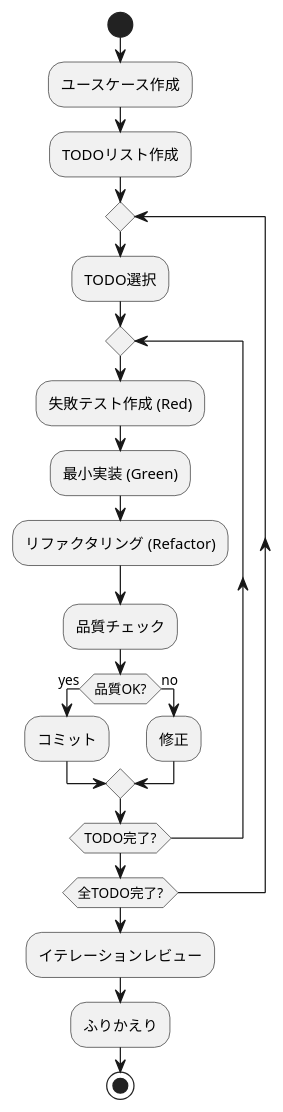
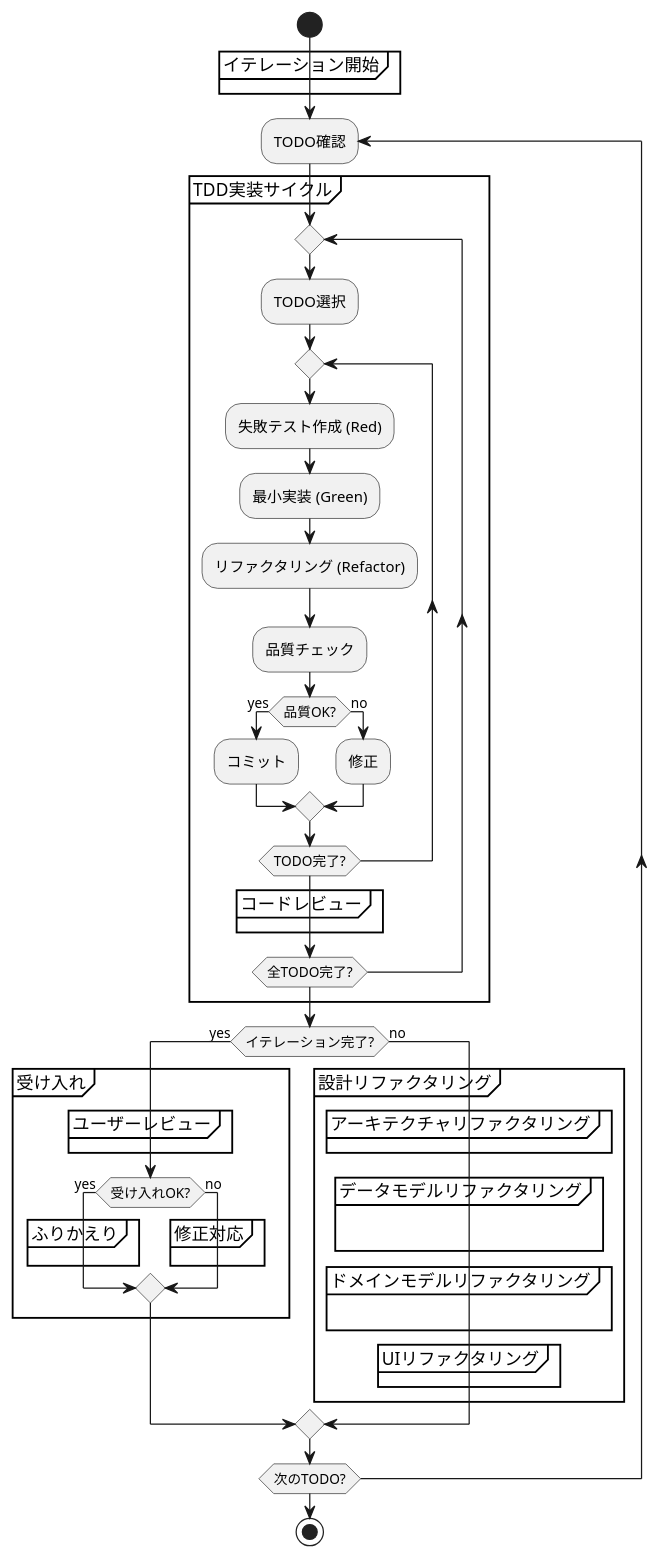
One commit to k2works/ai-programing-exercise changed the fifth of 6 diagrams in CLAUDE.md. Above: the diagram before and after it, drawn with PlantUML. The commit also changed other lines of this file, not shown here.

Commit message:
docs: update CLAUDE.md to enhance TDD process and clarify iteration steps

````diff
--- a/CLAUDE.md
+++ b/CLAUDE.md
@@ -131,31 +133,60 @@
 ```plantuml
 ```plantuml
 @startuml "イテレーション開発プロセス"
 
 start
-:ユースケース作成;
-:TODOリスト作成;
 
-repeat
-  :TODO選択;
-  
-  repeat
-    :失敗テスト作成 (Red);
-    :最小実装 (Green);
-    :リファクタリング (Refactor);
-    :品質チェック;
-    if (品質OK?) then (yes)
-      :コミット;
+partition "イテレーション開始" {
+}
+
+repeat :TODO確認;
+partition "TDD実装サイクル" {
+    repeat
+      :TODO選択;
+      
+      repeat
+        :失敗テスト作成 (Red);
+        :最小実装 (Green);
+        :リファクタリング (Refactor);
+        :品質チェック;
+        if (品質OK?) then (yes)
+          :コミット;
+        else (no)
+          :修正;
+        endif
+      repeat while (TODO完了?)
+      partition "コードレビュー" {
+      }
+    repeat while (全TODO完了?)
+}
+
+if (イテレーション完了?) then (yes)
+  partition "受け入れ" {
+    partition "ユーザーレビュー" {
+    }
+    if (受け入れOK?) then (yes)
+      partition "ふりかえり" {
+      }
     else (no)
-      :修正;
+      partition "修正対応" {
+      }
     endif
-  repeat while (TODO完了?)
-  
-repeat while (全TODO完了?)
+  }
+else (no)
+  partition "設計リファクタリング" {
+      partition "アーキテクチャリファクタリング" {
+      }
+      partition "データモデルリファクタリング" {
+      }
+      partition "ドメインモデルリファクタリング" {
+      }
+      partition "UIリファクタリング" {
+      }
+  }
+endif
+repeat while (次のTODO?)
 
-:イテレーションレビュー;
-:ふりかえり;
 stop
 
 @enduml
 ```
````
